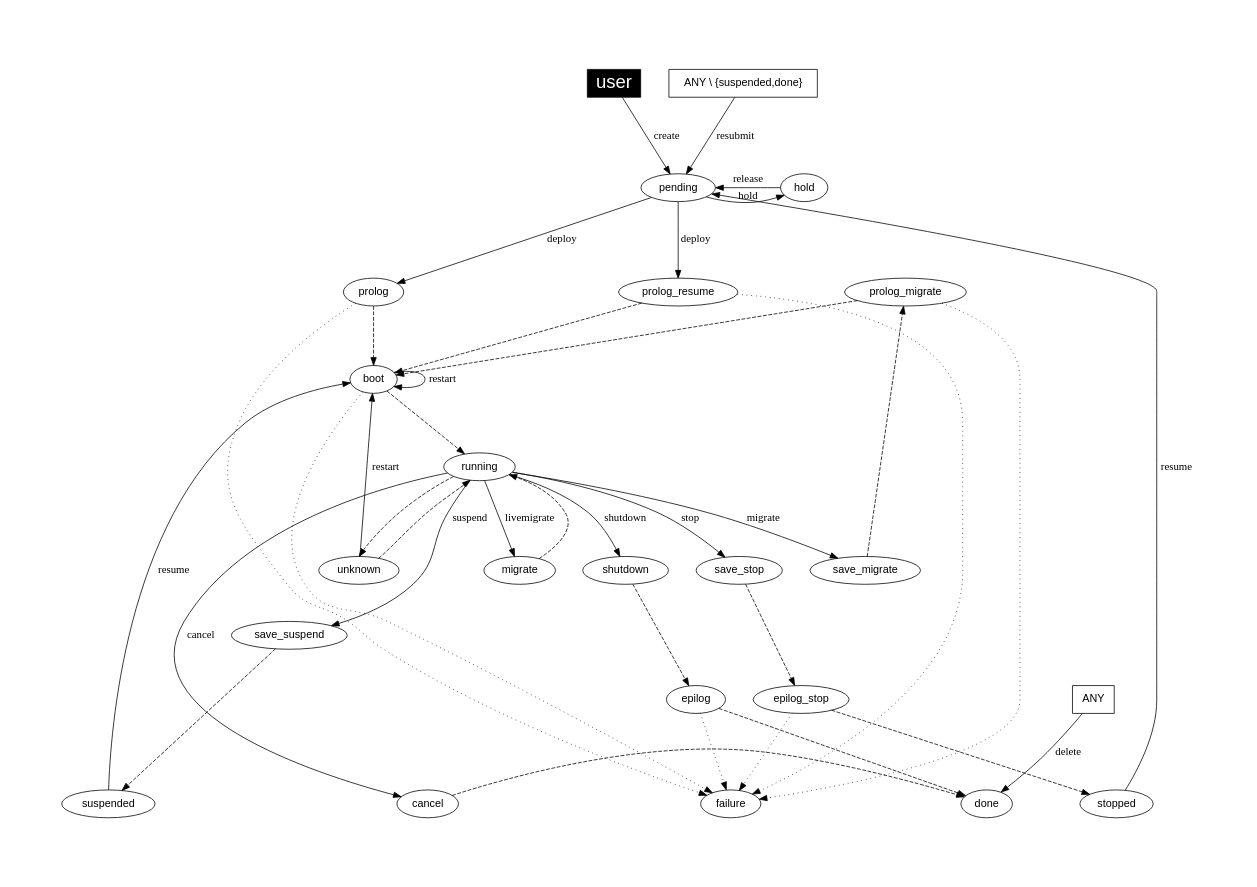
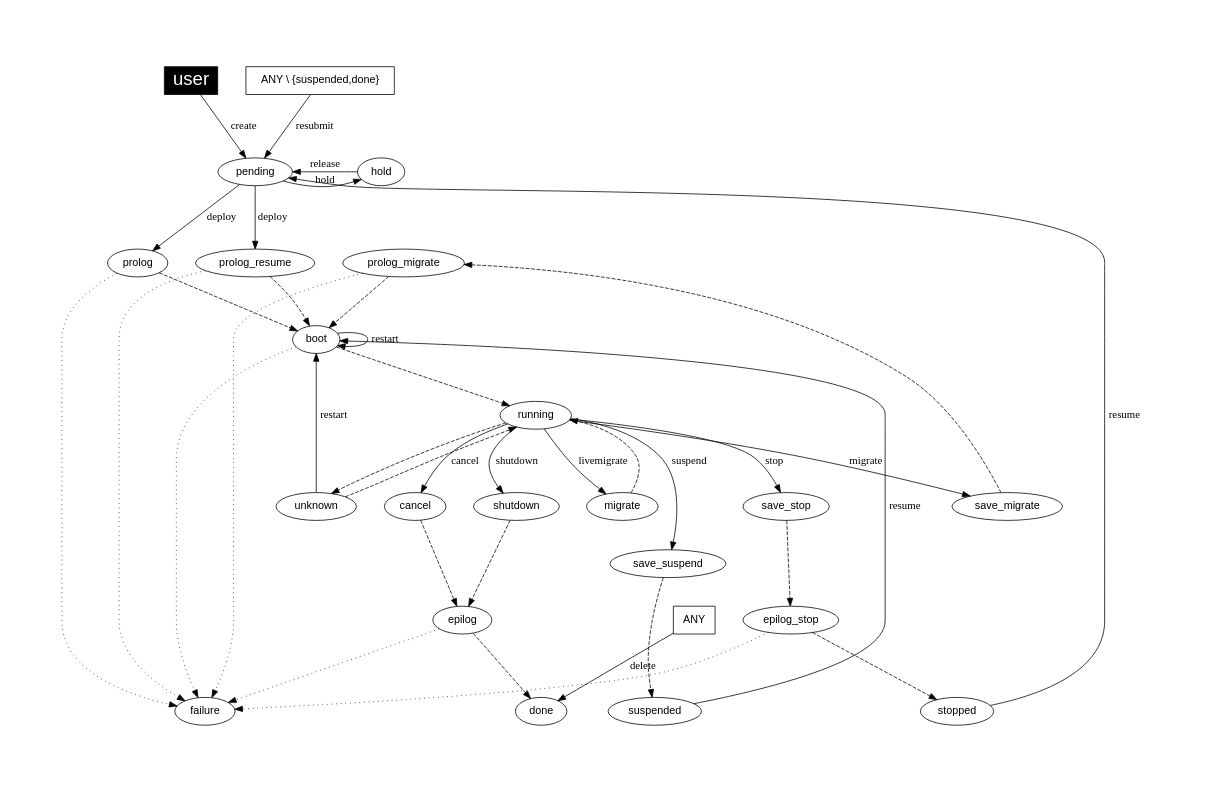
Before and after one commit to OpenNebula/one: the diagram in share/doc/states/states-complete.dot, drawn with Graphviz. The commit also changed 3 other files, not shown here.

Commit message:
Bug #668: Change the LCM, the cancel action executes the epilog on success (cherry picked from commit 5b67dd2ebbe65142954c9e260aa9a2386b92384d)

```diff
--- a/share/doc/states/states-complete.dot
+++ b/share/doc/states/states-complete.dot
@@ -1,98 +1,98 @@
 
 
 digraph OpenNebula {
     graph [
         nodesep= 0.5,
         ratio=0.7,
         pad=1,
     ];
 
     node [fontname="Helvetica"];
     edge [fontname="Menlo"];
     
     user [
         fillcolor="black",
         style="filled", shape="box",
         fontcolor="white", fontsize= "24.0"];
 
     ANY [ shape="box" ];
     "ANY \\ {suspended,done}" [ shape="box" ];
 
     subgraph { rank = min; user}
     subgraph { rank = same; pending; hold; color="white"}
     subgraph { rank = same; prolog; prolog_resume; prolog_migrate;
     color="white" }
 
-    subgraph { rank = max; suspended; done; cancel; failure;
+    subgraph { rank = max; suspended; done; failure;
     stopped;color="white" }
 
 #   create
     user -> pending [label="create"];
 
 #   deploy
     pending     -> prolog_resume [label="deploy"];
     prolog_resume -> boot [style="dashed"];
 
     pending     -> prolog [label="deploy"];
     prolog      -> boot [style="dashed"];
     boot        -> running [style="dashed"];
 
 #   shutdown
     running     -> shutdown [label="shutdown"];
     shutdown    -> epilog [style="dashed"];
     epilog      -> done [style="dashed"];
 
 #   livemigrate
     running     -> migrate [label="livemigrate"];
     migrate     -> running [style="dashed"];
 
 #   migrate
     running         -> save_migrate [label="migrate"];
     save_migrate    -> prolog_migrate [style="dashed"];
     prolog_migrate  -> boot [style="dashed"];
 
 #   hold
     pending     -> hold [label="hold"];
 
 #   release
     hold        -> pending [label="release"];
 
 #   stop
     running     -> save_stop [label="stop"];
     save_stop   -> epilog_stop [style="dashed"];
     epilog_stop -> stopped [style="dashed"];
 
 #   cancel
     running     -> cancel [label="cancel"];
-    cancel      -> done [style="dashed"];
+    cancel      -> epilog [style="dashed"];
 
 #   suspend
     running         -> save_suspend [label="suspend"];
     save_suspend    -> suspended [style="dashed"];
 
 #   resume
     stopped     -> pending [label="resume"];
     suspended   -> boot [label="resume"];
 
 #   delete
     ANY         -> done [label="delete"];
 
 #   restart
     unknown     -> boot [label="restart"];
     boot        -> boot [label="restart"];
 
 #   resubmit
     "ANY \\ {suspended,done}" -> pending [label="resubmit"];
 
 #   failures and misc.
     epilog_stop     -> failure [style="dotted"];
     epilog          -> failure [style="dotted"];
     prolog          -> failure [style="dotted"];
     prolog_migrate  -> failure [style="dotted"];
     prolog_resume   -> failure [style="dotted"];
     boot            -> failure [style="dotted"];
 
 
     running -> unknown [style="dashed"];
     unknown -> running [style="dashed"];
 }
```
